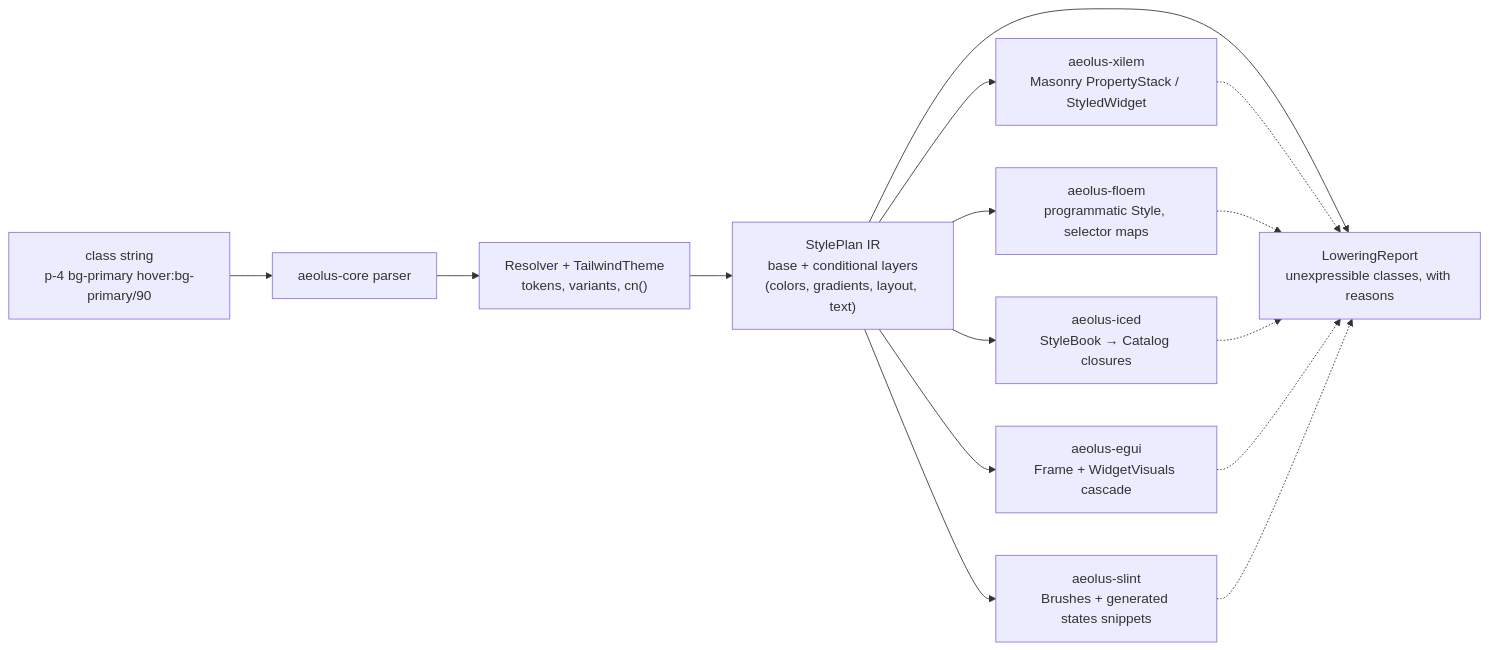
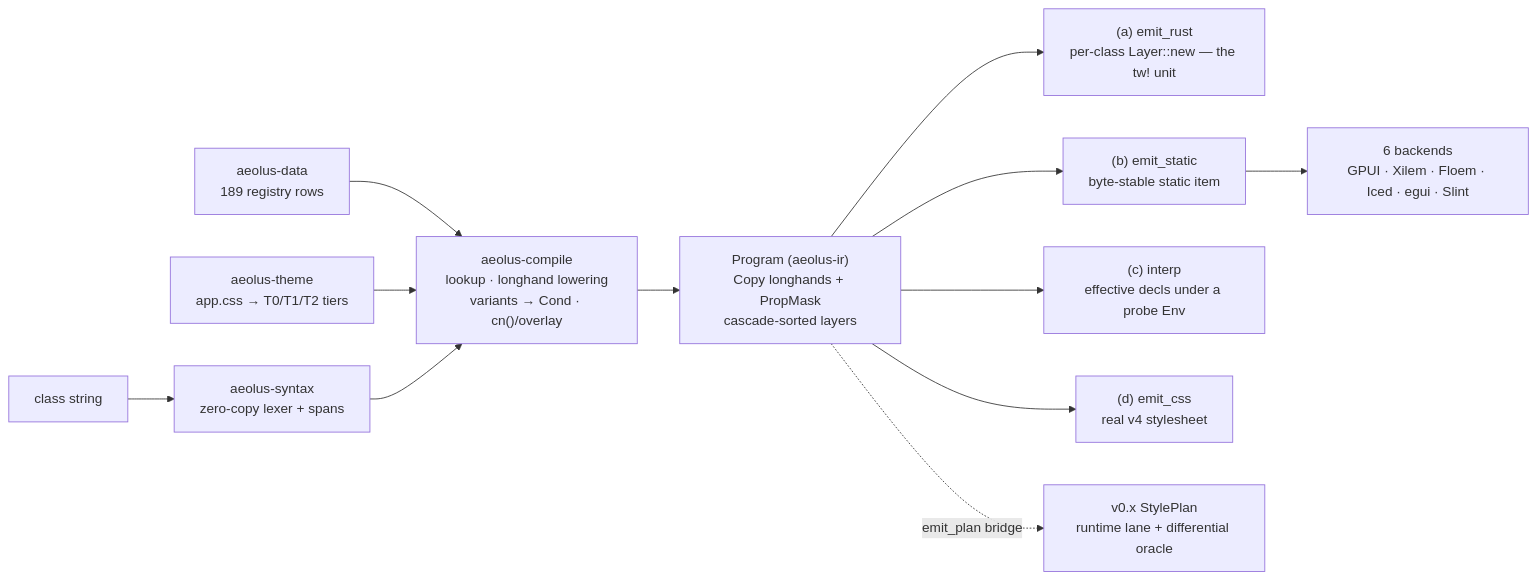
One commit to elcoosp/aeolus changed the diagram in README.md. Above: the diagram before and after it, drawn with Mermaid. The commit also changed other lines of this file, not shown here.

````diff
--- a/README.md
+++ b/README.md
@@ -96,17 +160,14 @@
 ```mermaid
 flowchart LR
-    A["class string<br/>p-4 bg-primary hover:bg-primary/90"] --> B["aeolus-core parser"]
-    B --> C["Resolver + TailwindTheme<br/>tokens, variants, cn()"]
-    C --> D["StylePlan IR<br/>base + conditional layers<br/>(colors, gradients, layout, text)"]
-    D --> E["aeolus-xilem<br/>Masonry PropertyStack / StyledWidget"]
-    D --> F["aeolus-floem<br/>programmatic Style, selector maps"]
-    D --> H["aeolus-iced<br/>StyleBook → Catalog closures"]
-    D --> I["aeolus-egui<br/>Frame + WidgetVisuals cascade"]
-    D --> J["aeolus-slint<br/>Brushes + generated states snippets"]
-    D --> G["LoweringReport<br/>unexpressible classes, with reasons"]
-    E -.-> G
-    F -.-> G
-    H -.-> G
-    I -.-> G
-    J -.-> G
+    A["class string"] --> S["aeolus-syntax<br/>zero-copy lexer + spans"]
+    D["aeolus-data<br/>189 registry rows"] --> C
+    T["aeolus-theme<br/>app.css → T0/T1/T2 tiers"] --> C
+    S --> C["aeolus-compile<br/>lookup · longhand lowering<br/>variants → Cond · cn()/overlay"]
+    C --> P["Program (aeolus-ir)<br/>Copy longhands + PropMask<br/>cascade-sorted layers"]
+    P --> R["(a) emit_rust<br/>per-class Layer::new — the tw! unit"]
+    P --> B["(b) emit_static<br/>byte-stable static item"]
+    P --> I["(c) interp<br/>effective decls under a probe Env"]
+    P --> X["(d) emit_css<br/>real v4 stylesheet"]
+    B --> BK["6 backends<br/>GPUI · Xilem · Floem · Iced · egui · Slint"]
+    P -. "emit_plan bridge" .-> SP["v0.x StylePlan<br/>runtime lane + differential oracle"]
 ```
````
